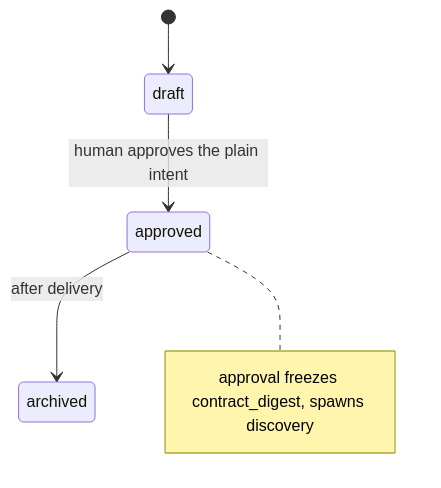
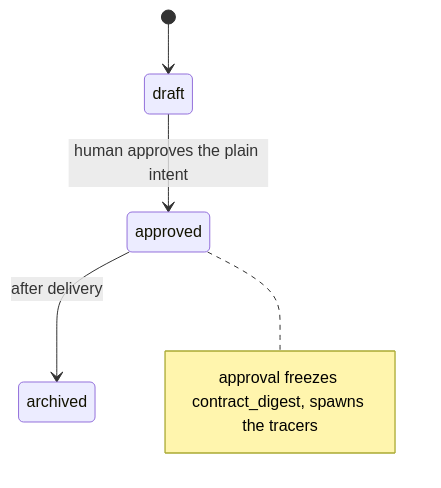
The fourth of 7 diagrams in sources/context-circuit-v1.0/diagrams.md (kaotypr/context-circuit-source), drawn with Mermaid before and after one commit. The commit also changed other lines of this file and 24 other files, not shown here.

````diff
--- a/sources/context-circuit-v1.0/diagrams.md
+++ b/sources/context-circuit-v1.0/diagrams.md
@@ -112,9 +111,9 @@
 ```mermaid
 stateDiagram-v2
     [*] --> draft
     draft --> approved: human approves the plain intent
     approved --> archived: after delivery
     note right of approved
-        approval freezes contract_digest, spawns discovery
+        approval freezes contract_digest, spawns the tracers
     end note
 ```
````
